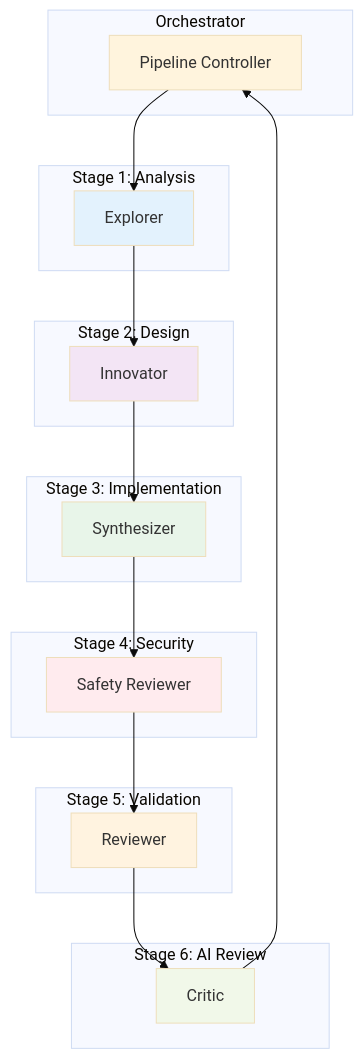
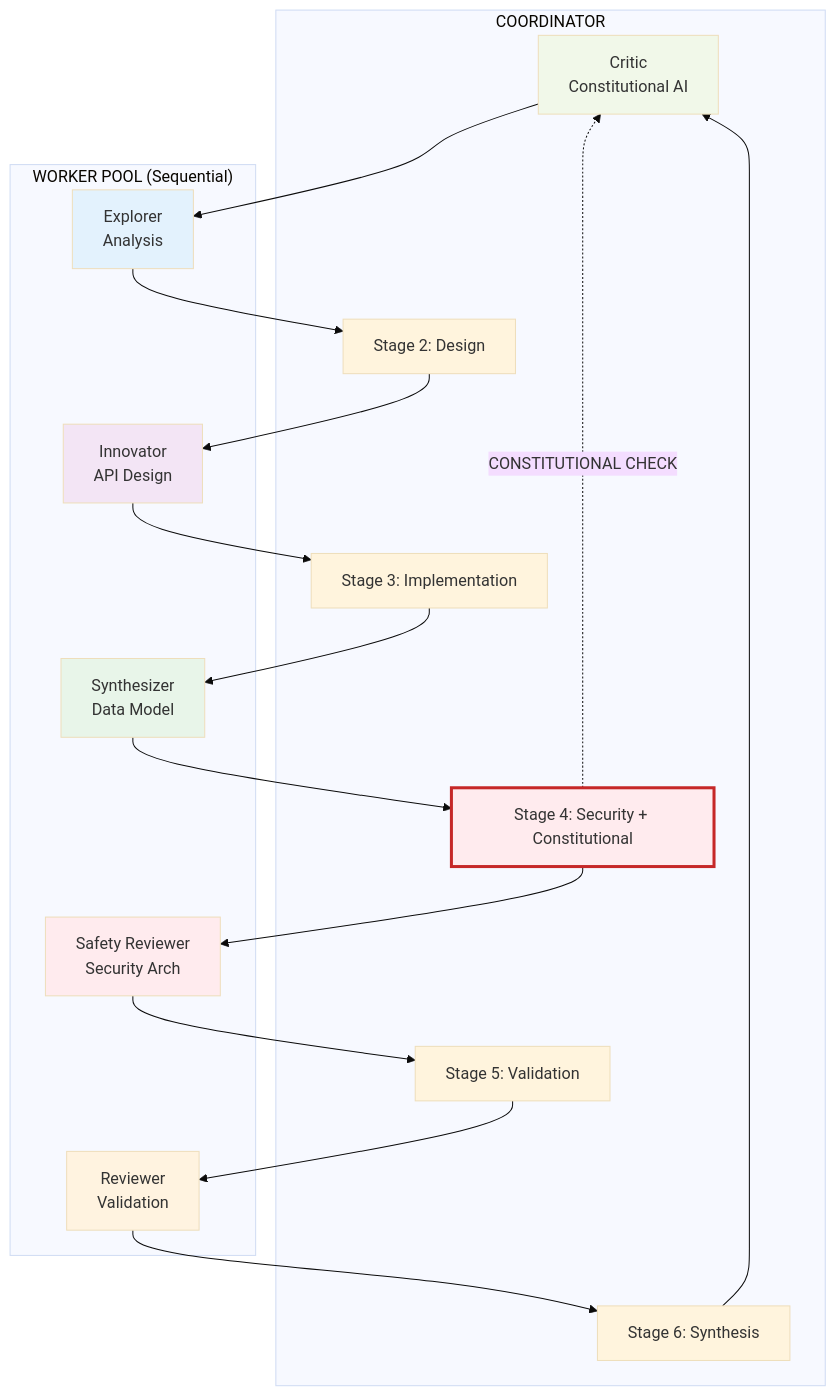
Before and after one commit to MohamedNamper333/swarm-agent: the first of 3 diagrams in SWARM-TEST-003-HARD.md, drawn with Mermaid (base theme). The commit also changed other lines of this file and 16 other files, not shown here.

````diff
--- a/SWARM-TEST-003-HARD.md
+++ b/SWARM-TEST-003-HARD.md
@@ -46,45 +60,31 @@
 ```mermaid
 graph TB
-    subgraph "Orchestrator"
-        O[Pipeline Controller]
+    subgraph "COORDINATOR"
+        C1[Stage 1: Analysis]
+        C2[Stage 2: Design]
+        C3[Stage 3: Implementation]
+        C4[Stage 4: Security + Constitutional]
+        C5[Stage 5: Validation]
+        C6[Stage 6: Synthesis]
     end
     
-    subgraph "Stage 1: Analysis"
-        E1[Explorer]
+    subgraph "WORKER POOL (Sequential)"
+        E1[Explorer<br/>Analysis]
+        I1[Innovator<br/>API Design]
+        S1[Synthesizer<br/>Data Model]
+        SR[Safety Reviewer<br/>Security Arch]
+        R1[Reviewer<br/>Validation]
+        C1[Critic<br/>Constitutional AI]
     end
     
-    subgraph "Stage 2: Design"
-        I1[Innovator]
-    end
-    
-    subgraph "Stage 3: Implementation"
-        S1[Synthesizer]
-    end
-    
-    subgraph "Stage 4: Security"
-        SR[Safety Reviewer]
-    end
-    
-    subgraph "Stage 5: Validation"
-        R1[Reviewer]
-    end
-    
-    subgraph "Stage 6: AI Review"
-        C1[Critic]
-    end
-    
-    O --> E1
-    E1 --> I1
-    I1 --> S1
-    S1 --> SR
-    SR --> R1
-    R1 --> C1
-    C1 --> O
+    C1 --> E1 --> C2 --> I1 --> C3 --> S1 --> C4 --> SR --> C5 --> R1 --> C6 --> C1
+    C4 -.->|CONSTITUTIONAL CHECK| C1
     
     style E1 fill:#e3f2fd
     style I1 fill:#f3e5f5
     style S1 fill:#e8f5e9
     style SR fill:#ffebee
     style R1 fill:#fff3e0
     style C1 fill:#f1f8e9
+    style C4 fill:#ffebee,stroke:#c62828,stroke-width:3px
 ```
````
